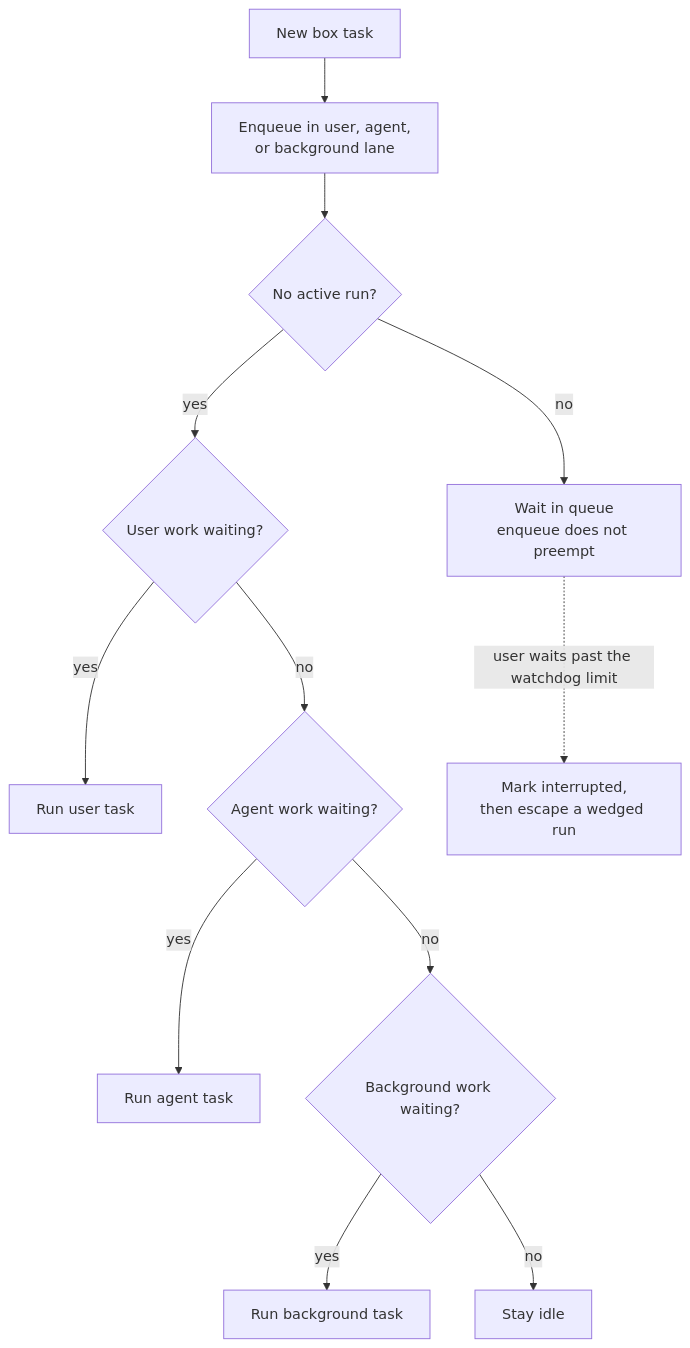
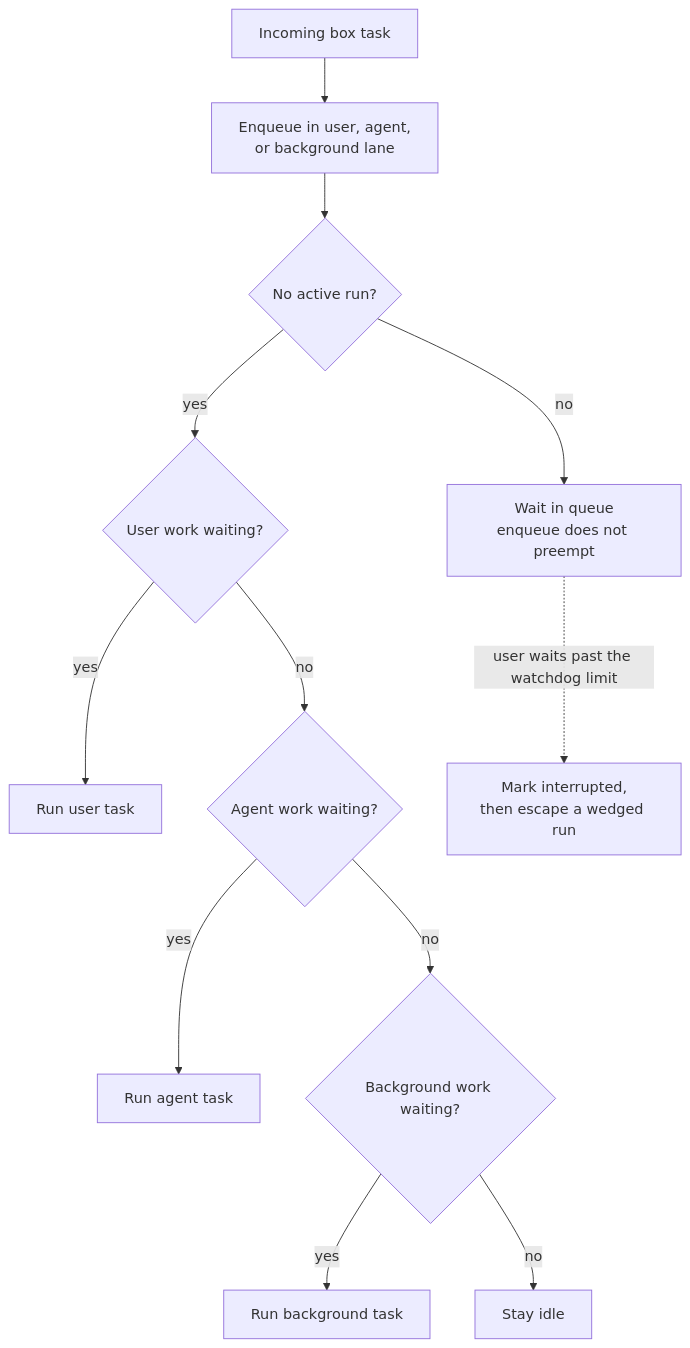
Before and after one commit to debidong/grok-bot-0.18-reconstructed: the fourth of 5 diagrams in docs/agent-teams-100-questions.md, drawn with Mermaid. The commit also changed other lines of this file, not shown here.

Commit message:
Make agent teams guide standalone for new readers

````diff
--- a/docs/agent-teams-100-questions.md
+++ b/docs/agent-teams-100-questions.md
@@ -118,14 +114,14 @@
 ```mermaid
 flowchart TD
-  N["New box task"] --> Q["Enqueue in user, agent,<br/>or background lane"]
+  N["Incoming box task"] --> Q["Enqueue in user, agent,<br/>or background lane"]
   Q --> I{"No active run?"}
   I -->|"no"| W["Wait in queue<br/>enqueue does not preempt"]
   I -->|"yes"| U{"User work waiting?"}
   U -->|"yes"| RU["Run user task"]
   U -->|"no"| A{"Agent work waiting?"}
   A -->|"yes"| RA["Run agent task"]
   A -->|"no"| B{"Background work waiting?"}
   B -->|"yes"| RB["Run background task"]
   B -->|"no"| Idle["Stay idle"]
   W -. "user waits past the watchdog limit" .-> WD["Mark interrupted,<br/>then escape a wedged run"]
 ```
````
